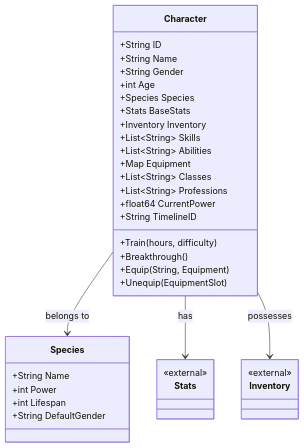
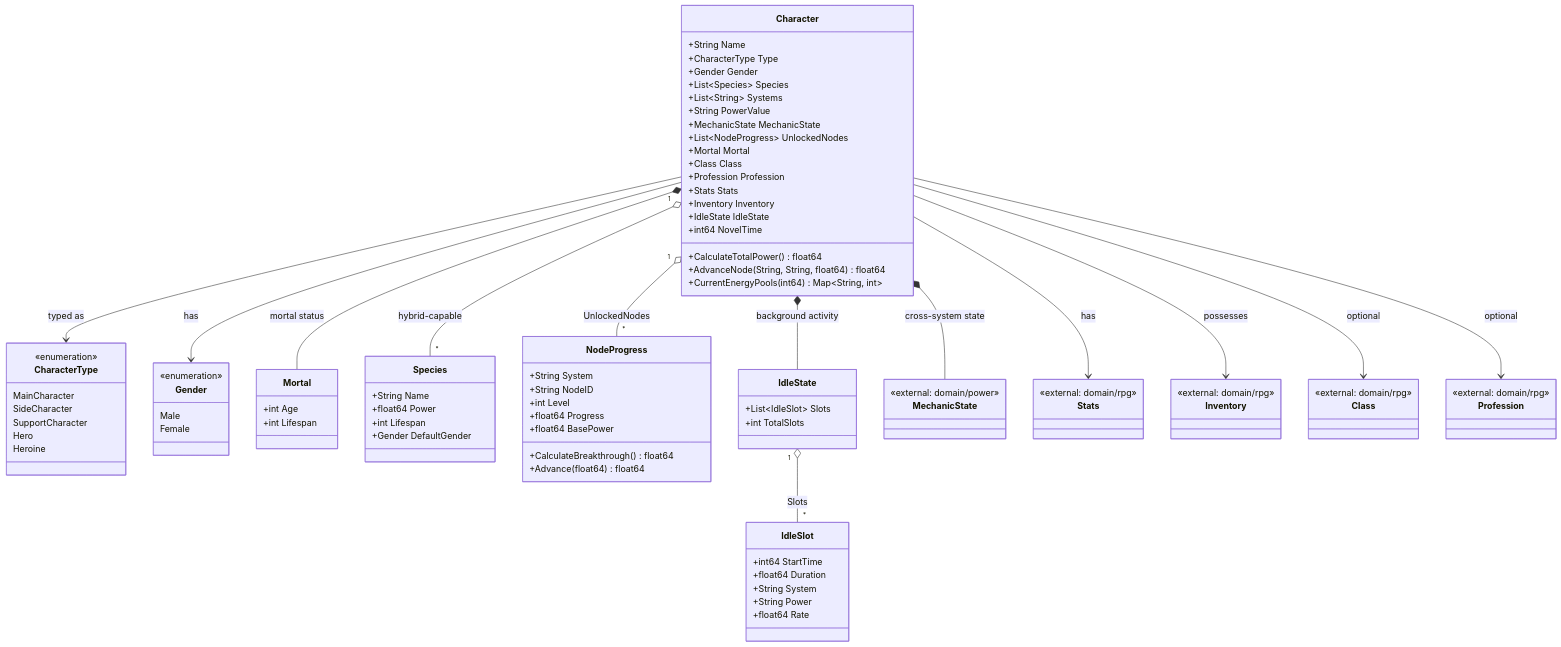
The diagram in ai/docs/diagrams/classes-domain-character.md (backendsouls/tge), drawn with Mermaid before and after one commit. The commit also changed other lines of this file and 20 other files, not shown here.

````diff
--- a/ai/docs/diagrams/classes-domain-character.md
+++ b/ai/docs/diagrams/classes-domain-character.md
@@ -5,42 +8,102 @@
 ```mermaid
 classDiagram
     class Character {
-        +String ID
         +String Name
-        +String Gender
+        +CharacterType Type
+        +Gender Gender
+        +List~Species~ Species
+        +List~String~ Systems
+        +String PowerValue
+        +MechanicState MechanicState
+        +List~NodeProgress~ UnlockedNodes
+        +Mortal Mortal
+        +Class Class
+        +Profession Profession
+        +Stats Stats
+        +Inventory Inventory
+        +IdleState IdleState
+        +int64 NovelTime
+        +CalculateTotalPower() float64
+        +AdvanceNode(String, String, float64) float64
+        +CurrentEnergyPools(int64) Map~String, int~
+    }
+
+    class CharacterType {
+        <<enumeration>>
+        MainCharacter
+        SideCharacter
+        SupportCharacter
+        Hero
+        Heroine
+    }
+
+    class Gender {
+        <<enumeration>>
+        Male
+        Female
+    }
+
+    class Mortal {
         +int Age
-        +Species Species
-        +Stats BaseStats
-        +Inventory Inventory
-        +List~String~ Skills
-        +List~String~ Abilities
-        +Map Equipment
-        +List~String~ Classes
-        +List~String~ Professions
-        +float64 CurrentPower
-        +String TimelineID
-        +Train(hours, difficulty)
-        +Breakthrough()
-        +Equip(String, Equipment)
-        +Unequip(EquipmentSlot)
+        +int Lifespan
     }
-    
+
     class Species {
         +String Name
-        +int Power
+        +float64 Power
         +int Lifespan
-        +String DefaultGender
-    }
-    
-    class Stats {
-        <<external>>
-    }
-    
-    class Inventory {
-        <<external>>
+        +Gender DefaultGender
     }
 
-    Character --> Species : belongs to
+    class NodeProgress {
+        +String System
+        +String NodeID
+        +int Level
+        +float64 Progress
+        +float64 BasePower
+        +CalculateBreakthrough() float64
+        +Advance(float64) float64
+    }
+
+    class IdleState {
+        +List~IdleSlot~ Slots
+        +int TotalSlots
+    }
+
+    class IdleSlot {
+        +int64 StartTime
+        +float64 Duration
+        +String System
+        +String Power
+        +float64 Rate
+    }
+
+    class MechanicState {
+        <<external: domain/power>>
+    }
+    class Stats {
+        <<external: domain/rpg>>
+    }
+    class Inventory {
+        <<external: domain/rpg>>
+    }
+    class Class {
+        <<external: domain/rpg>>
+    }
+    class Profession {
+        <<external: domain/rpg>>
+    }
+
+    Character --> CharacterType : typed as
+    Character --> Gender : has
+    Character *-- Mortal : mortal status
+    Character "1" o-- "*" Species : hybrid-capable
+    Character "1" o-- "*" NodeProgress : UnlockedNodes
+    Character *-- IdleState : background activity
+    IdleState "1" o-- "*" IdleSlot : Slots
+    Character *-- MechanicState : cross-system state
     Character --> Stats : has
     Character --> Inventory : possesses
+    Character --> Class : optional
+    Character --> Profession : optional
 ```
````
